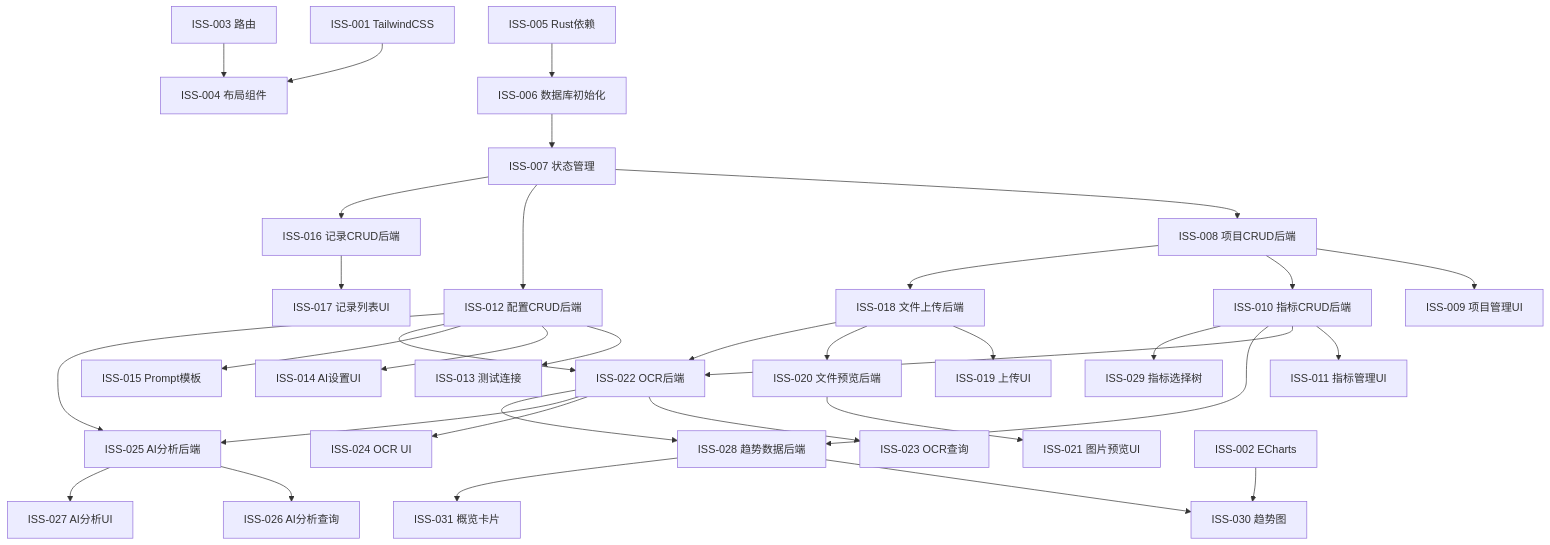
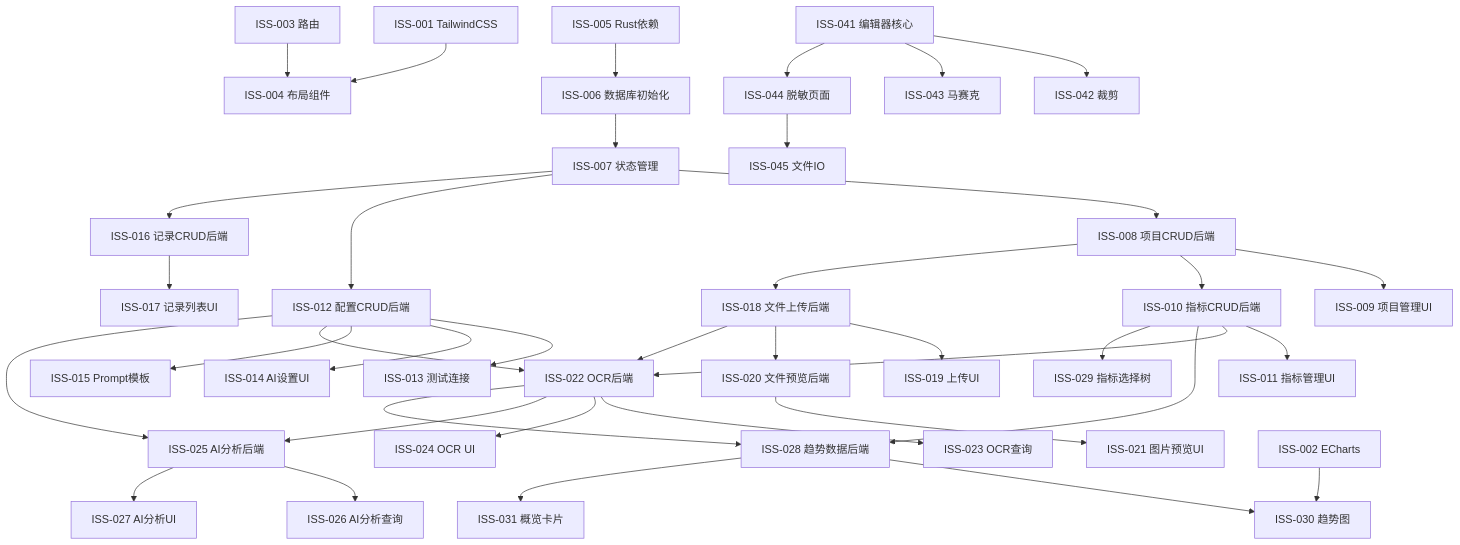
Before and after one commit to bfilestor/tauri-vue-app: the diagram in plan/todo-list.md, drawn with Mermaid. The commit also changed other lines of this file and 28 other files, not shown here.

Commit message:
实现图片剪切与模糊

````diff
--- a/plan/todo-list.md
+++ b/plan/todo-list.md
@@ -281,36 +314,40 @@
 ```mermaid
 graph TD
     ISS001[ISS-001 TailwindCSS] --> ISS004[ISS-004 布局组件]
     ISS003[ISS-003 路由] --> ISS004
     ISS005[ISS-005 Rust依赖] --> ISS006[ISS-006 数据库初始化]
     ISS006 --> ISS007[ISS-007 状态管理]
     ISS007 --> ISS008[ISS-008 项目CRUD后端]
     ISS007 --> ISS012[ISS-012 配置CRUD后端]
     ISS007 --> ISS016[ISS-016 记录CRUD后端]
     ISS008 --> ISS009[ISS-009 项目管理UI]
     ISS008 --> ISS010[ISS-010 指标CRUD后端]
     ISS008 --> ISS018[ISS-018 文件上传后端]
     ISS010 --> ISS011[ISS-011 指标管理UI]
     ISS012 --> ISS013[ISS-013 测试连接]
     ISS012 --> ISS014[ISS-014 AI设置UI]
     ISS012 --> ISS015[ISS-015 Prompt模板]
     ISS016 --> ISS017[ISS-017 记录列表UI]
     ISS018 --> ISS019[ISS-019 上传UI]
     ISS018 --> ISS020[ISS-020 文件预览后端]
     ISS020 --> ISS021[ISS-021 图片预览UI]
     ISS012 --> ISS022[ISS-022 OCR后端]
     ISS018 --> ISS022
     ISS010 --> ISS022
     ISS022 --> ISS023[ISS-023 OCR查询]
     ISS022 --> ISS024[ISS-024 OCR UI]
     ISS012 --> ISS025[ISS-025 AI分析后端]
     ISS022 --> ISS025
     ISS025 --> ISS026[ISS-026 AI分析查询]
     ISS025 --> ISS027[ISS-027 AI分析UI]
     ISS010 --> ISS028[ISS-028 趋势数据后端]
     ISS022 --> ISS028
     ISS010 --> ISS029[ISS-029 指标选择树]
     ISS028 --> ISS030[ISS-030 趋势图]
     ISS002[ISS-002 ECharts] --> ISS030
     ISS028 --> ISS031[ISS-031 概览卡片]
+    ISS041[ISS-041 编辑器核心] --> ISS042[ISS-042 裁剪]
+    ISS041 --> ISS043[ISS-043 马赛克]
+    ISS041 --> ISS044[ISS-044 脱敏页面]
+    ISS044 --> ISS045[ISS-045 文件IO]
 ```
````
